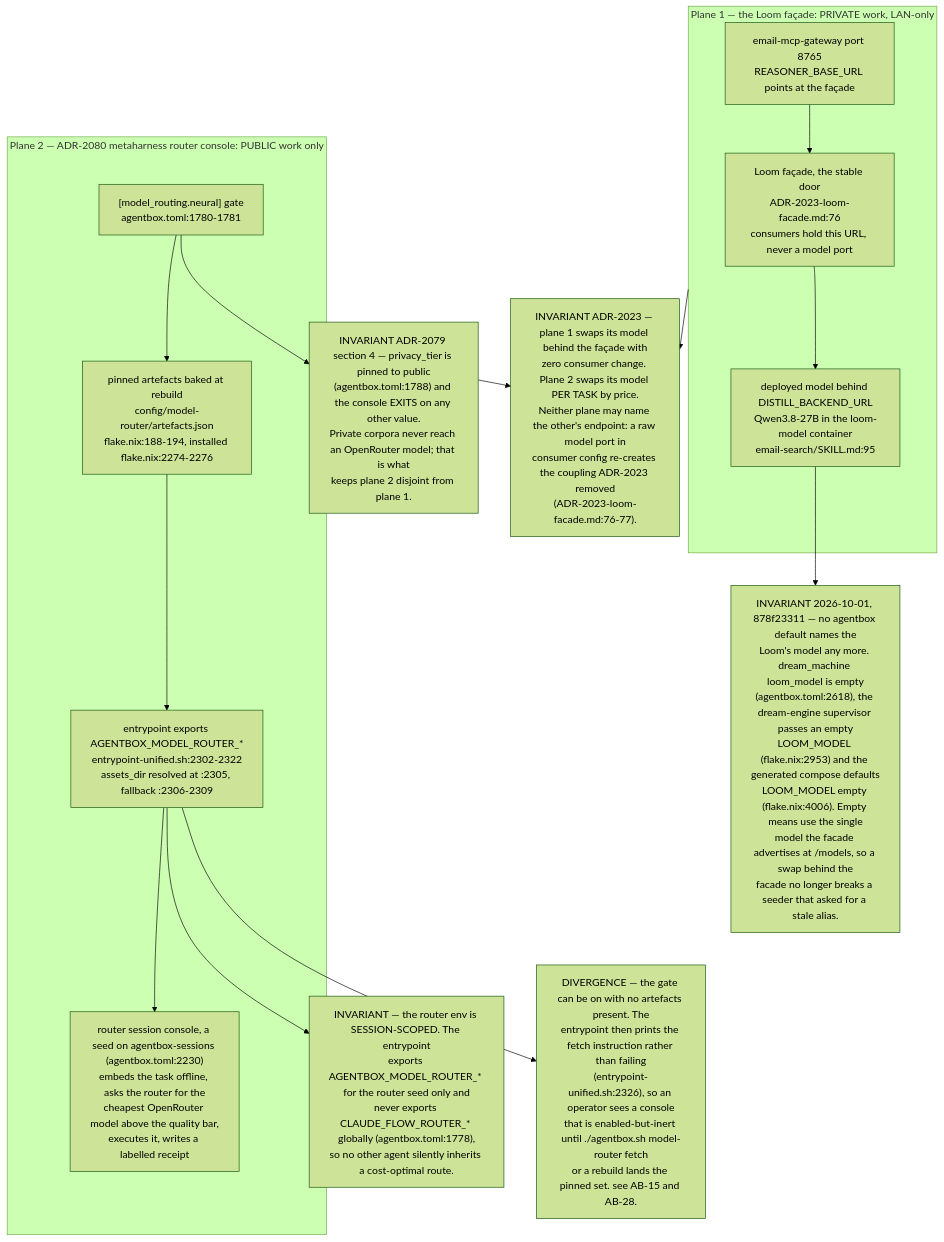
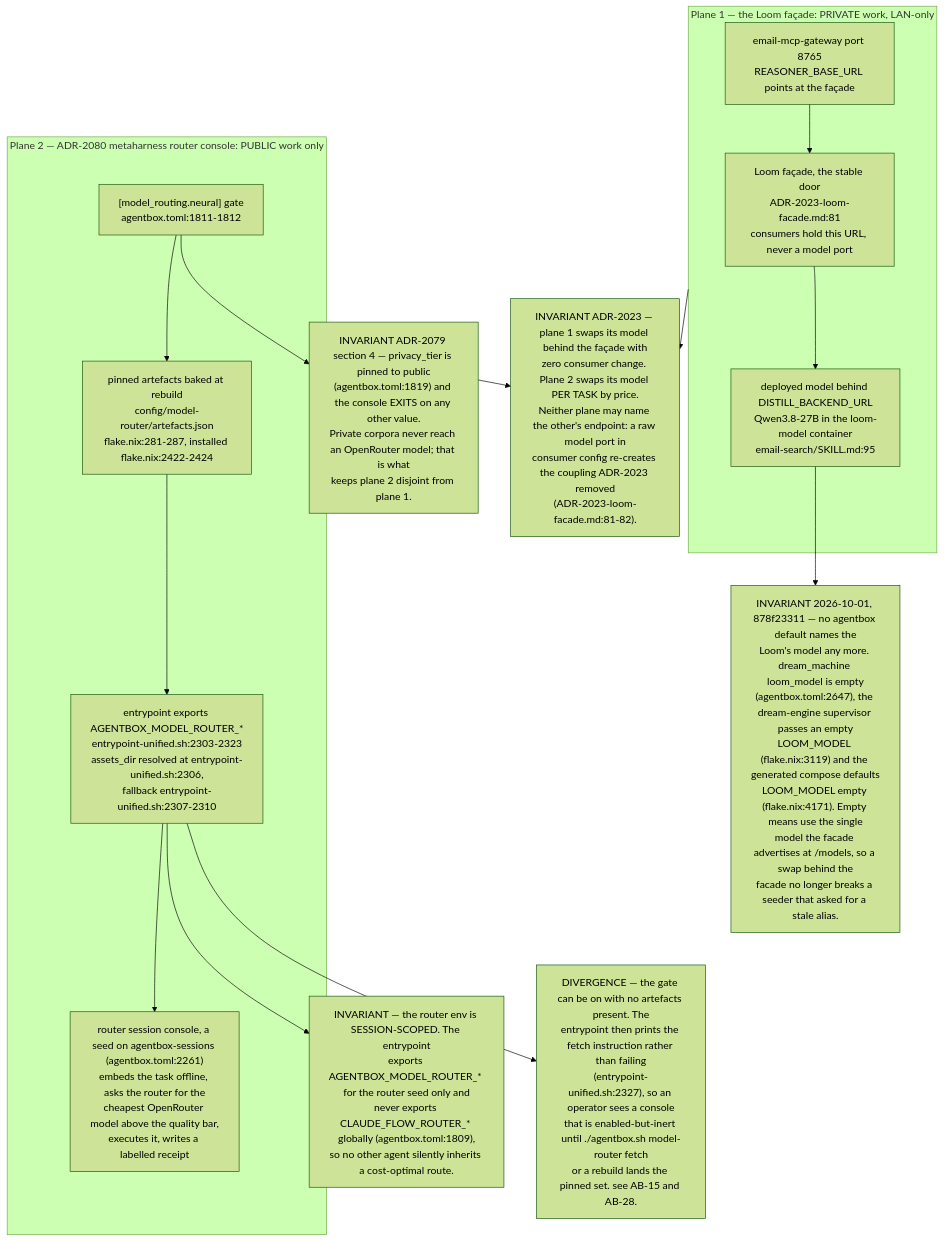
One commit to DreamLab-AI/VisionFlow changed the tenth of 11 diagrams in docs/diagrams/estate/06-loom-and-email-privacy-path.md. Above: the diagram before and after it, drawn with Mermaid (forest theme). The commit also changed other lines of this file and 12 other files, not shown here.

````diff
--- a/docs/diagrams/estate/06-loom-and-email-privacy-path.md
+++ b/docs/diagrams/estate/06-loom-and-email-privacy-path.md
@@ -356,31 +356,31 @@
 ```mermaid
 flowchart TB
     subgraph PRIV["Plane 1 — the Loom façade: PRIVATE work, LAN-only"]
-        FAC["Loom façade, the stable door<br/>ADR-2023-loom-facade.md:76<br/>consumers hold this URL, never a model port"]
+        FAC["Loom façade, the stable door<br/>ADR-2023-loom-facade.md:81<br/>consumers hold this URL, never a model port"]
         MDL["deployed model behind DISTILL_BACKEND_URL<br/>Qwen3.8-27B in the loom-model container<br/>email-search/SKILL.md:95"]
         MAIL["email-mcp-gateway port 8765<br/>REASONER_BASE_URL points at the façade"]
         FAC --> MDL
         MAIL --> FAC
     end
 
     subgraph PUB["Plane 2 — ADR-2080 metaharness router console: PUBLIC work only"]
-        GATE["[model_routing.neural] gate<br/>agentbox.toml:1780-1781"]
-        ART["pinned artefacts baked at rebuild<br/>config/model-router/artefacts.json<br/>flake.nix:188-194, installed flake.nix:2274-2276"]
-        ENV["entrypoint exports AGENTBOX_MODEL_ROUTER_*<br/>entrypoint-unified.sh:2302-2322<br/>assets_dir resolved at :2305, fallback :2306-2309"]
-        CON["router session console, a seed on agentbox-sessions (agentbox.toml:2230)<br/>embeds the task offline, asks the router for the<br/>cheapest OpenRouter model above the quality bar,<br/>executes it, writes a labelled receipt"]
+        GATE["[model_routing.neural] gate<br/>agentbox.toml:1811-1812"]
+        ART["pinned artefacts baked at rebuild<br/>config/model-router/artefacts.json<br/>flake.nix:281-287, installed flake.nix:2422-2424"]
+        ENV["entrypoint exports AGENTBOX_MODEL_ROUTER_*<br/>entrypoint-unified.sh:2303-2323<br/>assets_dir resolved at entrypoint-unified.sh:2306,<br/>fallback entrypoint-unified.sh:2307-2310"]
+        CON["router session console, a seed on agentbox-sessions (agentbox.toml:2261)<br/>embeds the task offline, asks the router for the<br/>cheapest OpenRouter model above the quality bar,<br/>executes it, writes a labelled receipt"]
         GATE --> ART --> ENV --> CON
     end
 
-    INV1["INVARIANT ADR-2079 section 4 — privacy_tier is pinned to public<br/>(agentbox.toml:1788) and the console EXITS on any other value.<br/>Private corpora never reach an OpenRouter model; that is what<br/>keeps plane 2 disjoint from plane 1."]
-    INV2["INVARIANT — the router env is SESSION-SCOPED. The entrypoint<br/>exports AGENTBOX_MODEL_ROUTER_* for the router seed only and<br/>never exports CLAUDE_FLOW_ROUTER_* globally (agentbox.toml:1778),<br/>so no other agent silently inherits a cost-optimal route."]
-    INV3["INVARIANT ADR-2023 — plane 1 swaps its model behind the façade with<br/>zero consumer change. Plane 2 swaps its model PER TASK by price.<br/>Neither plane may name the other's endpoint: a raw model port in<br/>consumer config re-creates the coupling ADR-2023 removed<br/>(ADR-2023-loom-facade.md:76-77)."]
-    DEG["DIVERGENCE — the gate can be on with no artefacts present. The<br/>entrypoint then prints the fetch instruction rather than failing<br/>(entrypoint-unified.sh:2326), so an operator sees a console<br/>that is enabled-but-inert until ./agentbox.sh model-router fetch<br/>or a rebuild lands the pinned set. see AB-15 and AB-28."]
+    INV1["INVARIANT ADR-2079 section 4 — privacy_tier is pinned to public<br/>(agentbox.toml:1819) and the console EXITS on any other value.<br/>Private corpora never reach an OpenRouter model; that is what<br/>keeps plane 2 disjoint from plane 1."]
+    INV2["INVARIANT — the router env is SESSION-SCOPED. The entrypoint<br/>exports AGENTBOX_MODEL_ROUTER_* for the router seed only and<br/>never exports CLAUDE_FLOW_ROUTER_* globally (agentbox.toml:1809),<br/>so no other agent silently inherits a cost-optimal route."]
+    INV3["INVARIANT ADR-2023 — plane 1 swaps its model behind the façade with<br/>zero consumer change. Plane 2 swaps its model PER TASK by price.<br/>Neither plane may name the other's endpoint: a raw model port in<br/>consumer config re-creates the coupling ADR-2023 removed<br/>(ADR-2023-loom-facade.md:81-82)."]
+    DEG["DIVERGENCE — the gate can be on with no artefacts present. The<br/>entrypoint then prints the fetch instruction rather than failing<br/>(entrypoint-unified.sh:2327), so an operator sees a console<br/>that is enabled-but-inert until ./agentbox.sh model-router fetch<br/>or a rebuild lands the pinned set. see AB-15 and AB-28."]
 
-    NOPIN["INVARIANT 2026-10-01, 878f23311 — no agentbox default names the<br/>Loom's model any more. dream_machine loom_model is empty<br/>(agentbox.toml:2618), the dream-engine supervisor passes an empty<br/>LOOM_MODEL (flake.nix:2953) and the generated compose defaults<br/>LOOM_MODEL empty (flake.nix:4006). Empty means use the single<br/>model the facade advertises at /models, so a swap behind the<br/>facade no longer breaks a seeder that asked for a stale alias."]
+    NOPIN["INVARIANT 2026-10-01, 878f23311 — no agentbox default names the<br/>Loom's model any more. dream_machine loom_model is empty<br/>(agentbox.toml:2647), the dream-engine supervisor passes an empty<br/>LOOM_MODEL (flake.nix:3119) and the generated compose defaults<br/>LOOM_MODEL empty (flake.nix:4171). Empty means use the single<br/>model the facade advertises at /models, so a swap behind the<br/>facade no longer breaks a seeder that asked for a stale alias."]
     MDL --> NOPIN
     PRIV --> INV3
     PUB --> INV3
     GATE --> INV1
     ENV --> INV2
     ENV --> DEG
 ```
````
